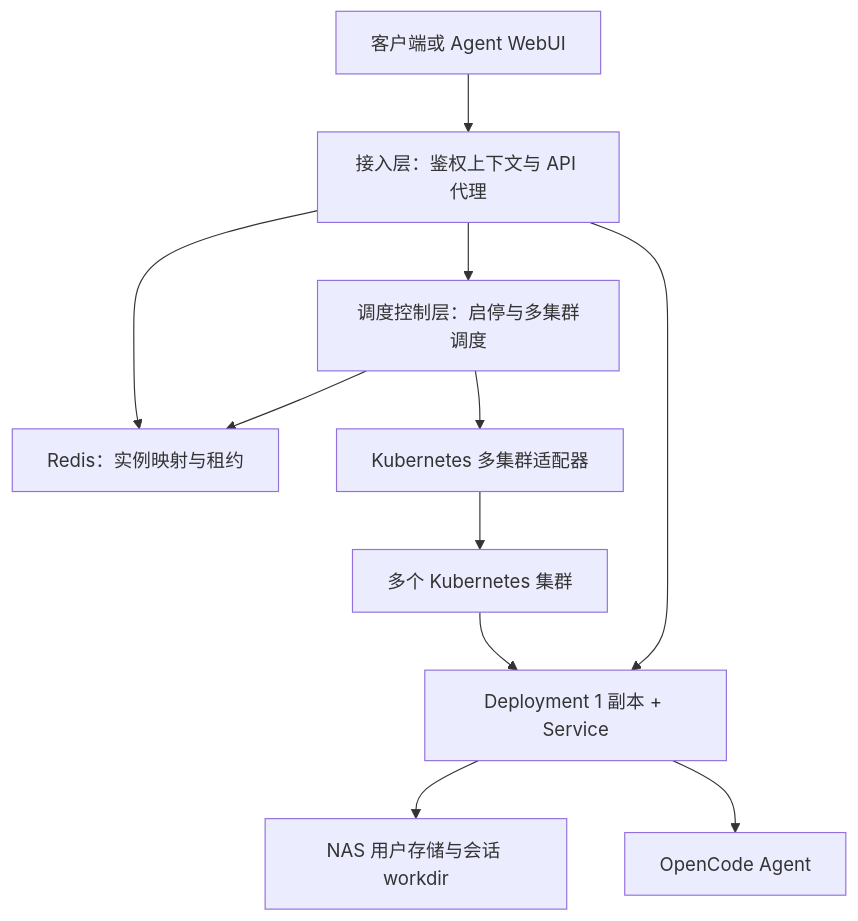
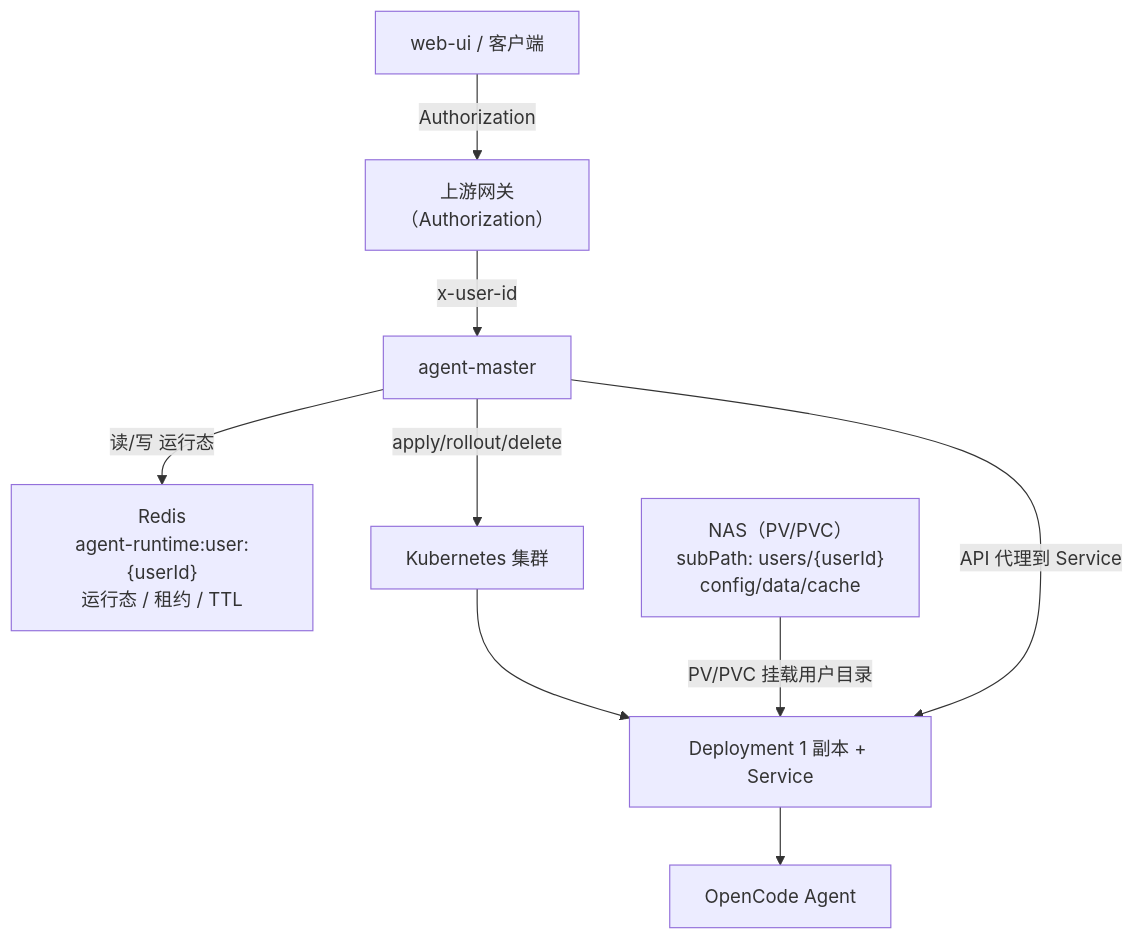
One commit to ArchAIHarness/agent-master changed the first of 7 diagrams in README.md. Above: the diagram before and after it, drawn with Mermaid. The commit also changed other lines of this file and 1 other file, not shown here.

Commit message:
完善 NAS 初始化设计文档和开发约束

````diff
--- a/README.md
+++ b/README.md
@@ -37,23 +37,20 @@
 ```mermaid
 graph TD
-    CLIENT["客户端或 Agent WebUI"]
-    ACCESS["接入层：鉴权上下文与 API 代理"]
-    REDIS["Redis：实例映射与租约"]
-    CONTROL["调度控制层：启停与多集群调度"]
-    ADAPTER["Kubernetes 多集群适配器"]
-    K8S["多个 Kubernetes 集群"]
+    WEB["web-ui / 客户端"]
+    GW["上游网关<br/>（Authorization）"]
+    MASTER["agent-master"]
+    REDIS["Redis<br/>agent-runtime:user:{userId}<br/>运行态 / 租约 / TTL"]
+    NAS["NAS（PV/PVC）<br/>subPath: users/{userId}<br/>config/data/cache"]
+    K8S["Kubernetes 集群"]
     WORKLOAD["Deployment 1 副本 + Service"]
-    NAS["NAS 用户存储与会话 workdir"]
     OPENCODE["OpenCode Agent"]
 
-    CLIENT --> ACCESS
-    ACCESS --> REDIS
-    ACCESS --> CONTROL
-    CONTROL --> REDIS
-    CONTROL --> ADAPTER
-    ADAPTER --> K8S
+    WEB -- "Authorization" --> GW
+    GW -- "x-user-id" --> MASTER
+    MASTER -- "读/写 运行态" --> REDIS
+    MASTER -- "apply/rollout/delete" --> K8S
     K8S --> WORKLOAD
-    WORKLOAD --> NAS
+    NAS -- "PV/PVC 挂载用户目录" --> WORKLOAD
     WORKLOAD --> OPENCODE
-    ACCESS --> WORKLOAD
+    MASTER -- "API 代理到 Service" --> WORKLOAD
 ```
````
